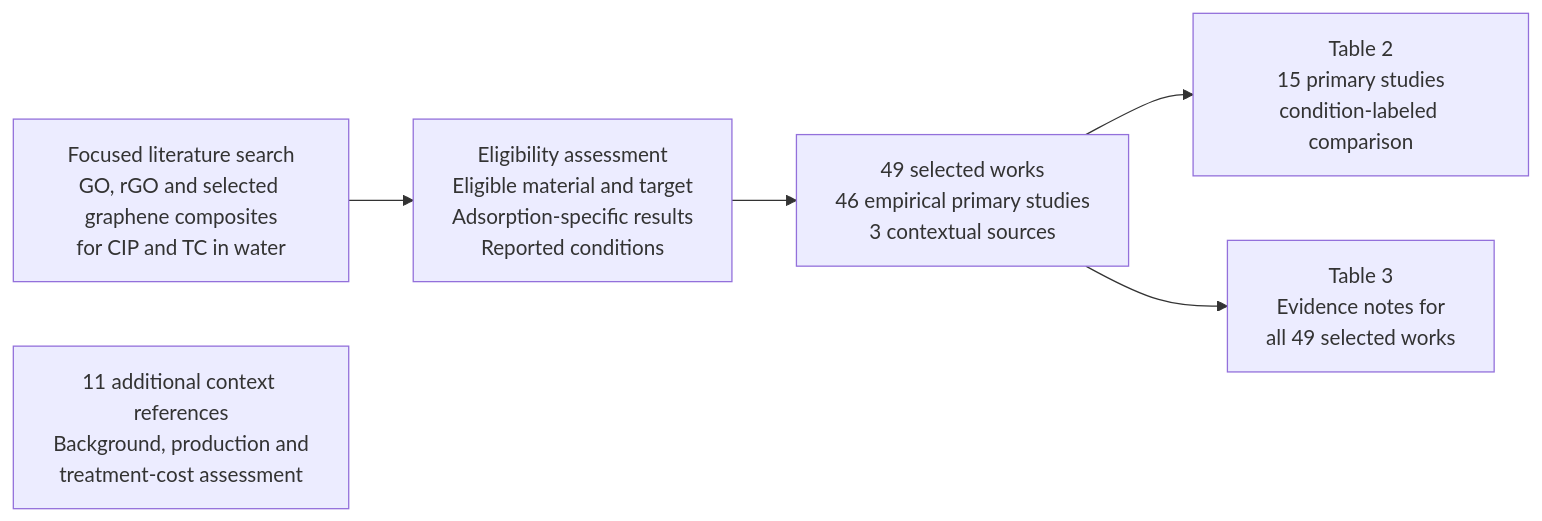
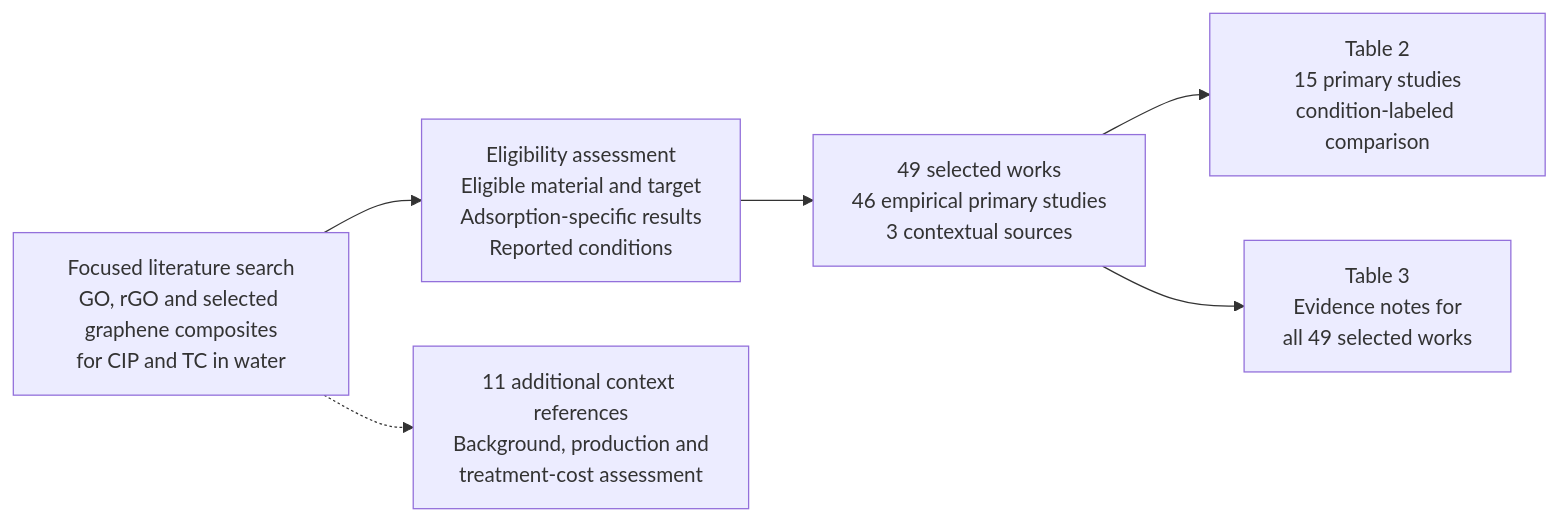
The second of 5 diagrams in manuscript/SEMESTER_MANUSCRIPT_ASSEMBLED_SOURCE_V2.md (zaidkhan005/reviewAdsorbants), drawn with Mermaid before and after one commit. The commit also changed other lines of this file, not shown here.

Commit message:
Proofread manuscript prose and improve study-paragraph flow

````diff
--- a/manuscript/SEMESTER_MANUSCRIPT_ASSEMBLED_SOURCE_V2.md
+++ b/manuscript/SEMESTER_MANUSCRIPT_ASSEMBLED_SOURCE_V2.md
@@ -134,13 +134,14 @@
 ```mermaid
 flowchart LR
     A["Focused literature search<br/>GO, rGO and selected graphene composites<br/>for CIP and TC in water"]
     B["Eligibility assessment<br/>Eligible material and target<br/>Adsorption-specific results<br/>Reported conditions"]
     C["49 selected works<br/>46 empirical primary studies<br/>3 contextual sources"]
     D["Table 2<br/>15 primary studies<br/>condition-labeled comparison"]
     E["Table 3<br/>Evidence notes for<br/>all 49 selected works"]
     F["11 additional context references<br/>Background, production and<br/>treatment-cost assessment"]
     A --> B --> C
+    A -.-> F
     C --> D
     C --> E
 
 ```
````
